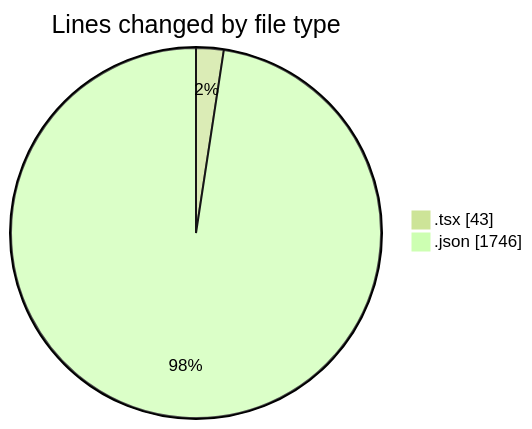
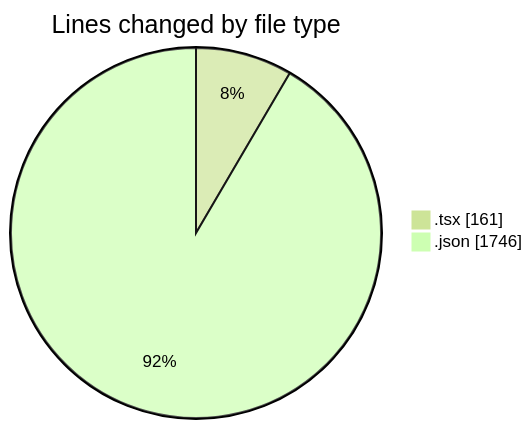
Before and after one commit to julien-gomy/code-tracking: the first of 2 diagrams in 2025-10-30/eventscop-frontend-guide__workspace_/README.md, drawn with Mermaid (forest theme). The commit also changed other lines of this file and 1 other file, not shown here.

````diff
--- a/2025-10-30/eventscop-frontend-guide__workspace_/README.md
+++ b/2025-10-30/eventscop-frontend-guide__workspace_/README.md
@@ -21,6 +22,6 @@
 ```mermaid
 pie showData
 title Lines changed by file type
-".tsx" : 43
+".tsx" : 161
 ".json" : 1746
 ```
````
